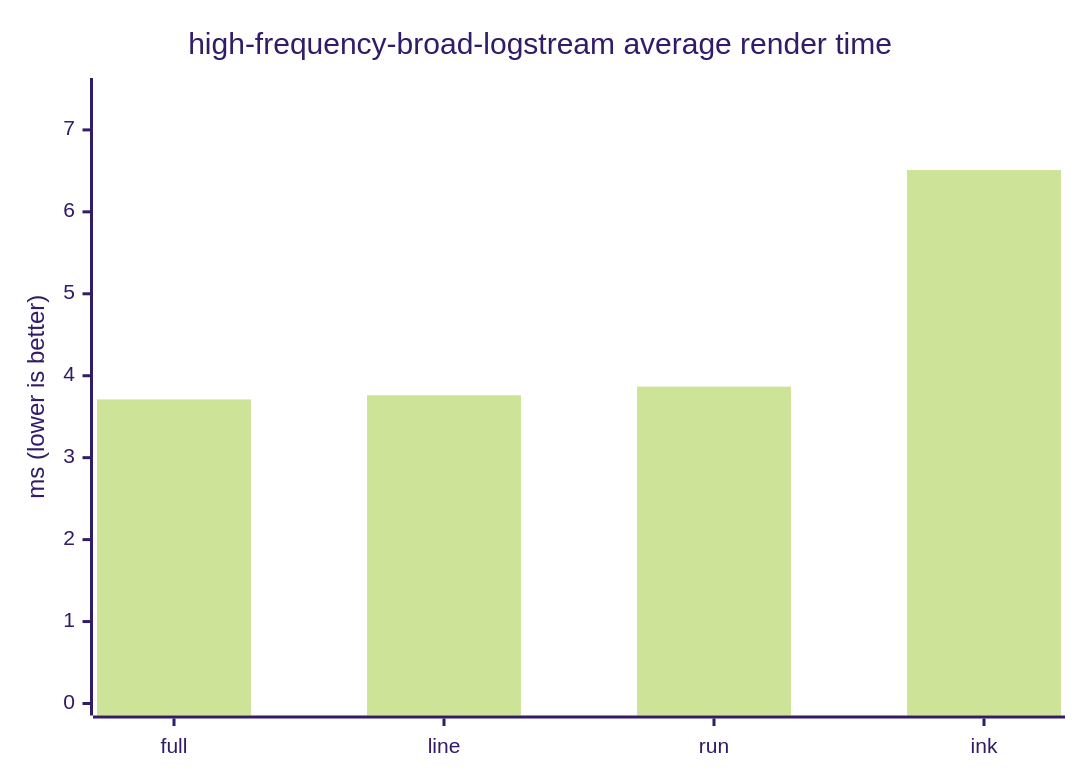
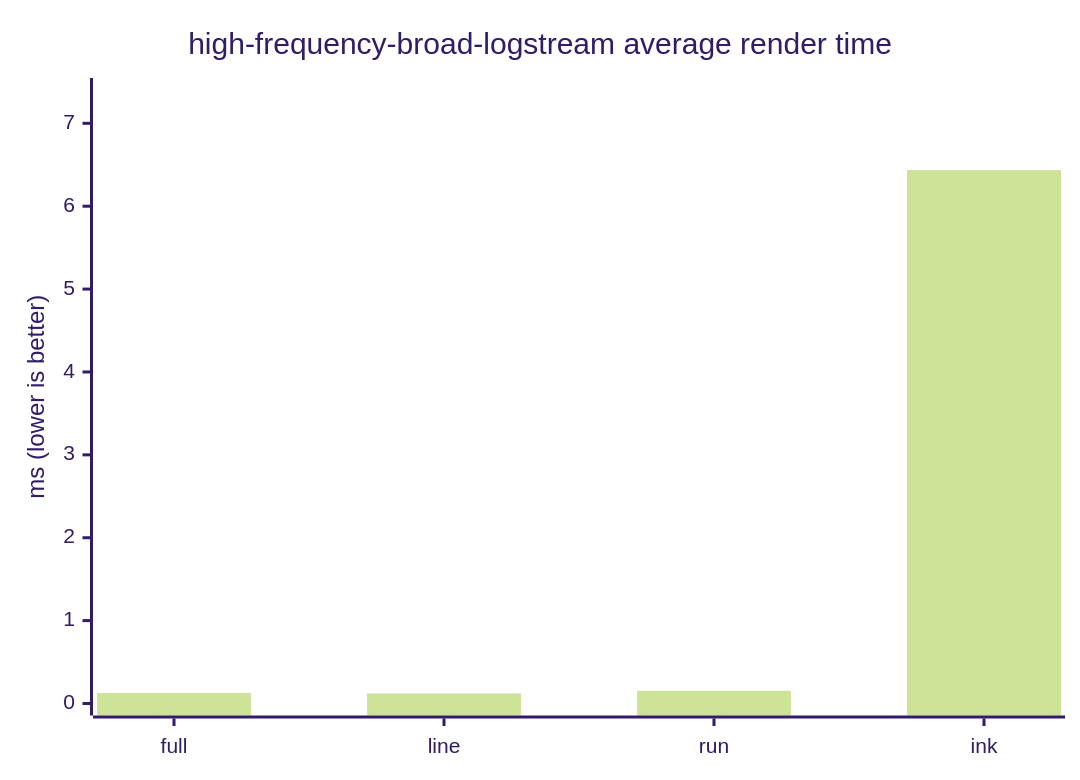
The seventh of 10 diagrams in docs/benchmark.md (ByteLandTechnology/tinky), drawn with Mermaid (forest theme) before and after one commit. The commit also changed other lines of this file and 15 other files, not shown here.

````diff
--- a/docs/benchmark.md
+++ b/docs/benchmark.md
@@ -133,7 +133,7 @@
 ```mermaid
 xychart-beta
     title "high-frequency-broad-logstream average render time"
     x-axis ["full", "line", "run", "ink"]
-    y-axis "ms (lower is better)" 0 --> 7.487
-    bar [3.711, 3.762, 3.867, 6.51]
+    y-axis "ms (lower is better)" 0 --> 7.402
+    bar [0.126, 0.121, 0.153, 6.436]
 ```
````
